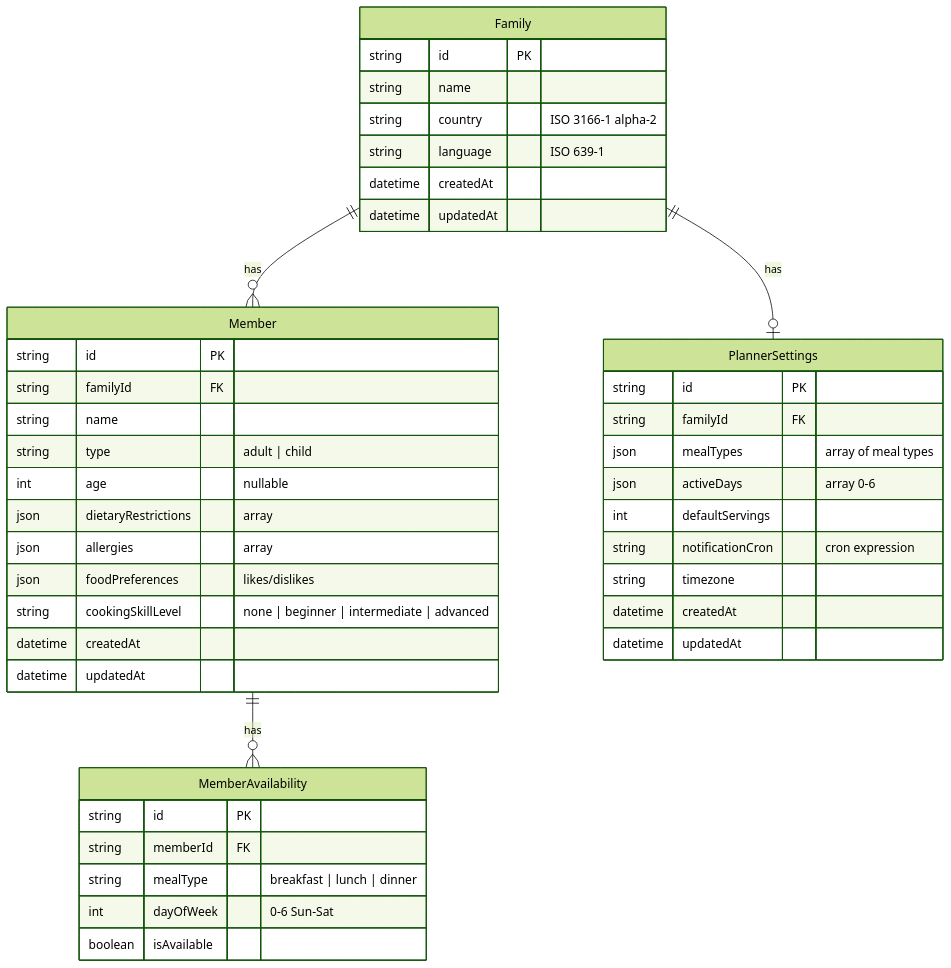
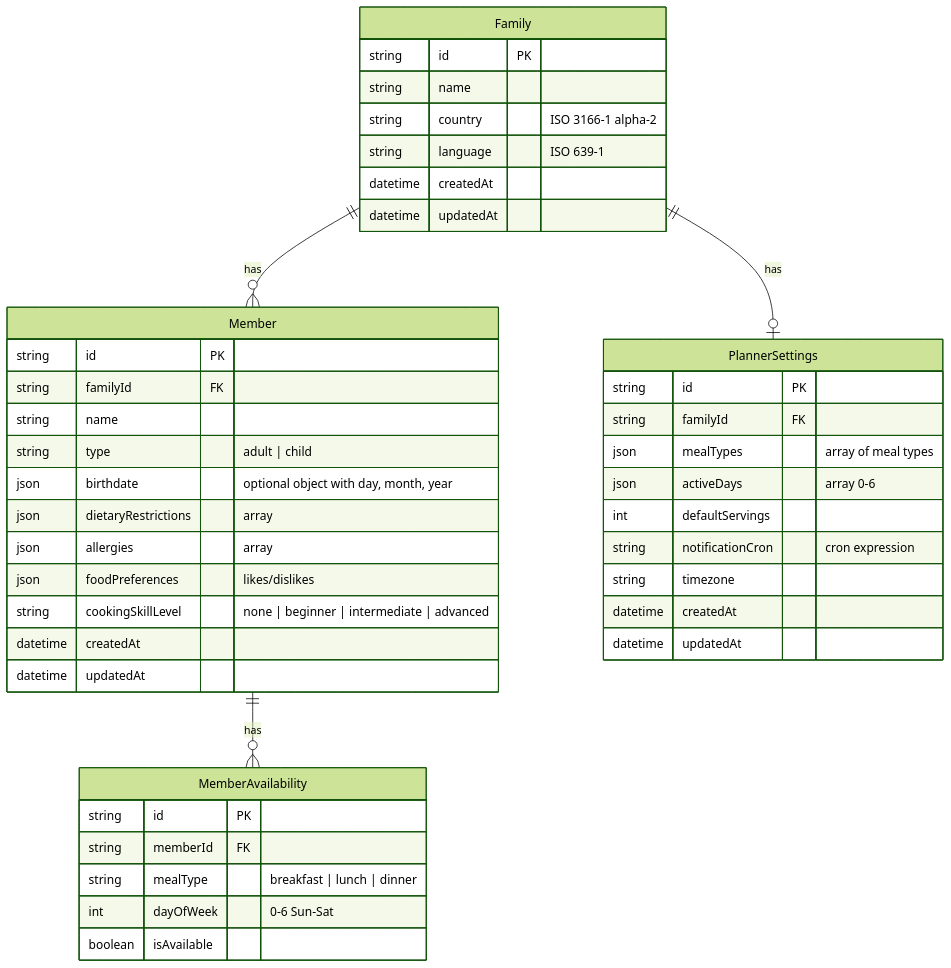
One commit to Nightbr/auguste changed the diagram in specs/database-schema.md. Above: the diagram before and after it, drawn with Mermaid (forest theme). The commit also changed other lines of this file and 19 other files, not shown here.

````diff
--- a/specs/database-schema.md
+++ b/specs/database-schema.md
@@ -5,49 +5,49 @@
 ```mermaid
 erDiagram
     Family ||--o{ Member : "has"
     Family ||--o| PlannerSettings : "has"
     Member ||--o{ MemberAvailability : "has"
-    
+
     Family {
         string id PK
         string name
         string country "ISO 3166-1 alpha-2"
         string language "ISO 639-1"
         datetime createdAt
         datetime updatedAt
     }
 
     Member {
         string id PK
         string familyId FK
         string name
         string type "adult | child"
-        int age "nullable"
+        json birthdate "optional object with day, month, year"
         json dietaryRestrictions "array"
         json allergies "array"
         json foodPreferences "likes/dislikes"
         string cookingSkillLevel "none | beginner | intermediate | advanced"
         datetime createdAt
         datetime updatedAt
     }
 
     MemberAvailability {
         string id PK
         string memberId FK
         string mealType "breakfast | lunch | dinner"
         int dayOfWeek "0-6 Sun-Sat"
         boolean isAvailable
     }
-    
+
     PlannerSettings {
         string id PK
         string familyId FK
         json mealTypes "array of meal types"
         json activeDays "array 0-6"
         int defaultServings
         string notificationCron "cron expression"
         string timezone
         datetime createdAt
         datetime updatedAt
     }
 ```
````
